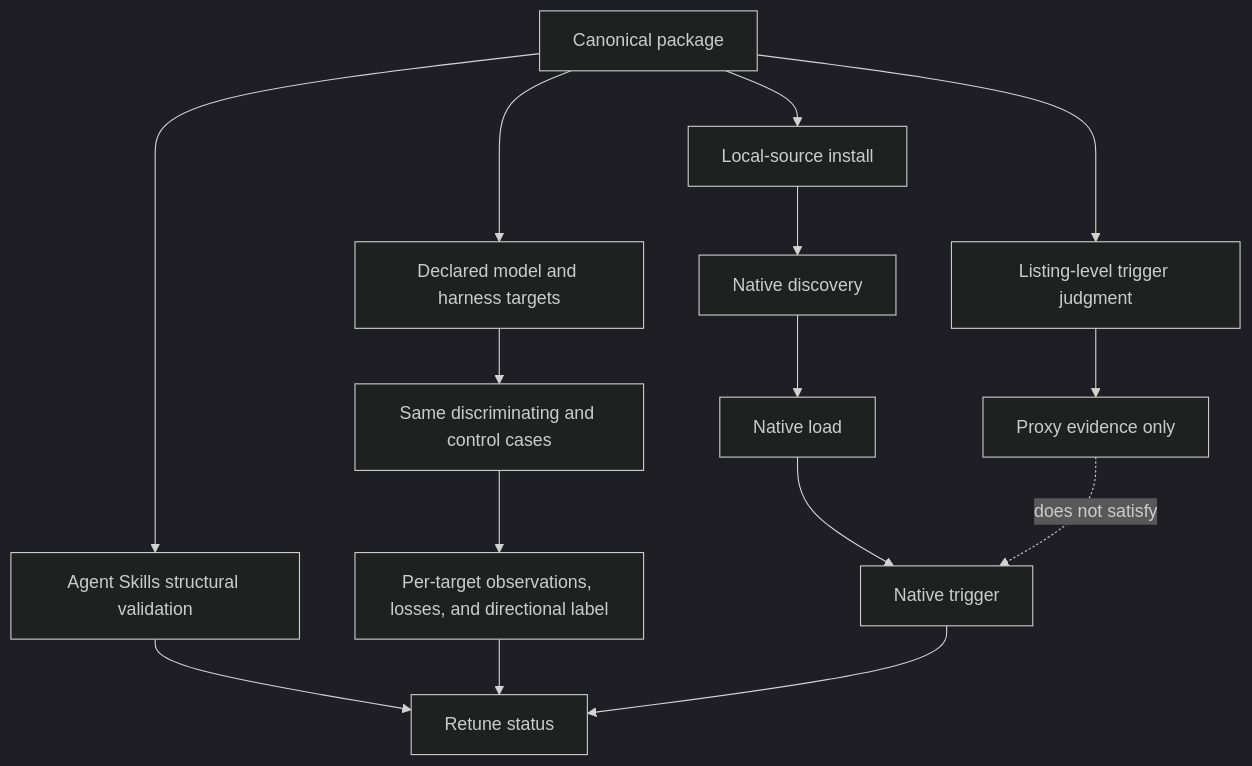
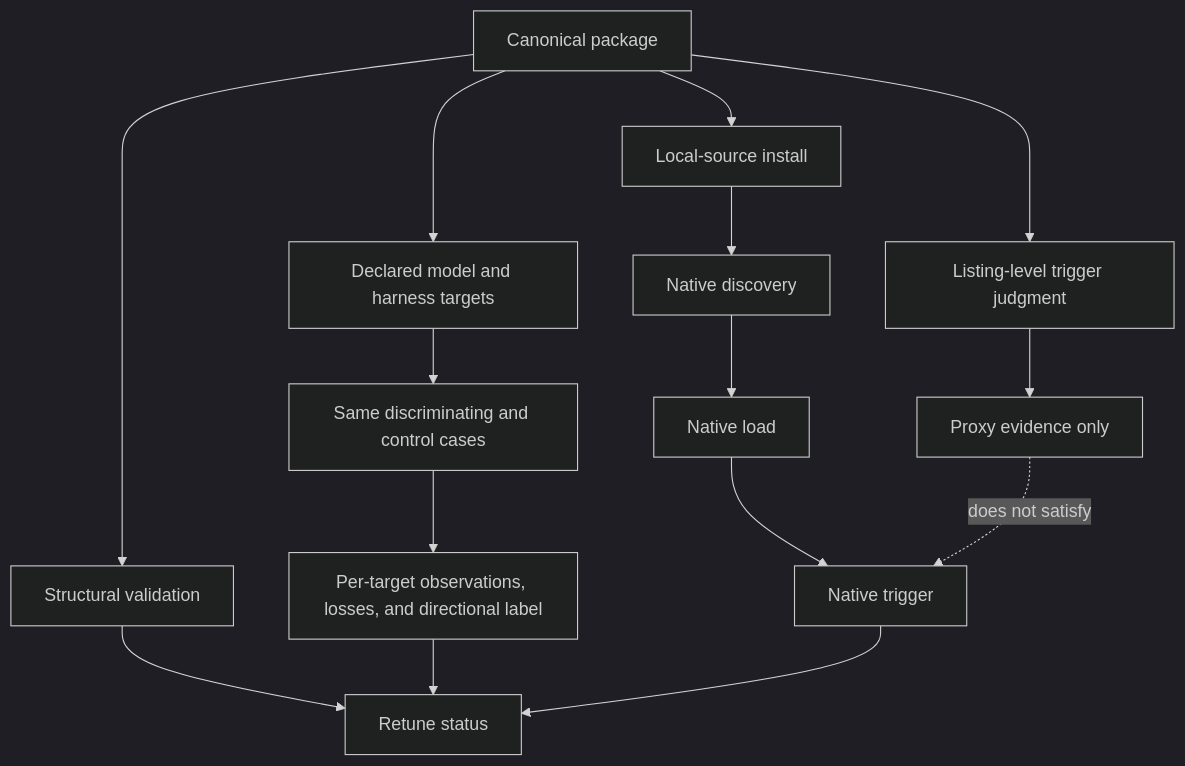
Before and after one commit to jrgilbertson/the-rookery: the third of 3 diagrams in docs/plans/2026-07-27-001-refactor-creating-portable-skills-frontier-retune-plan.md, drawn with Mermaid (dark theme). The commit also changed other lines of this file and 32 other files, not shown here.

````diff
--- a/docs/plans/2026-07-27-001-refactor-creating-portable-skills-frontier-retune-plan.md
+++ b/docs/plans/2026-07-27-001-refactor-creating-portable-skills-frontier-retune-plan.md
@@ -241,17 +241,17 @@
 ```mermaid
 flowchart TB
-  SOURCE[Canonical package] --> STRUCTURE[Agent Skills structural validation]
+  SOURCE[Canonical package] --> STRUCTURE[Structural validation]
   SOURCE --> TARGETS[Declared model and harness targets]
   TARGETS --> MATCHED[Same discriminating and control cases]
   MATCHED --> OBS[Per-target observations, losses, and directional label]
   SOURCE --> LISTING[Listing-level trigger judgment]
   LISTING --> PROXY[Proxy evidence only]
   SOURCE --> LOCAL[Local-source install]
   LOCAL --> DISCOVERY[Native discovery]
   DISCOVERY --> LOAD[Native load]
   LOAD --> TRIGGER[Native trigger]
   STRUCTURE --> STATUS[Retune status]
   OBS --> STATUS
   TRIGGER --> STATUS
   PROXY -. does not satisfy .-> TRIGGER
 ```
````
